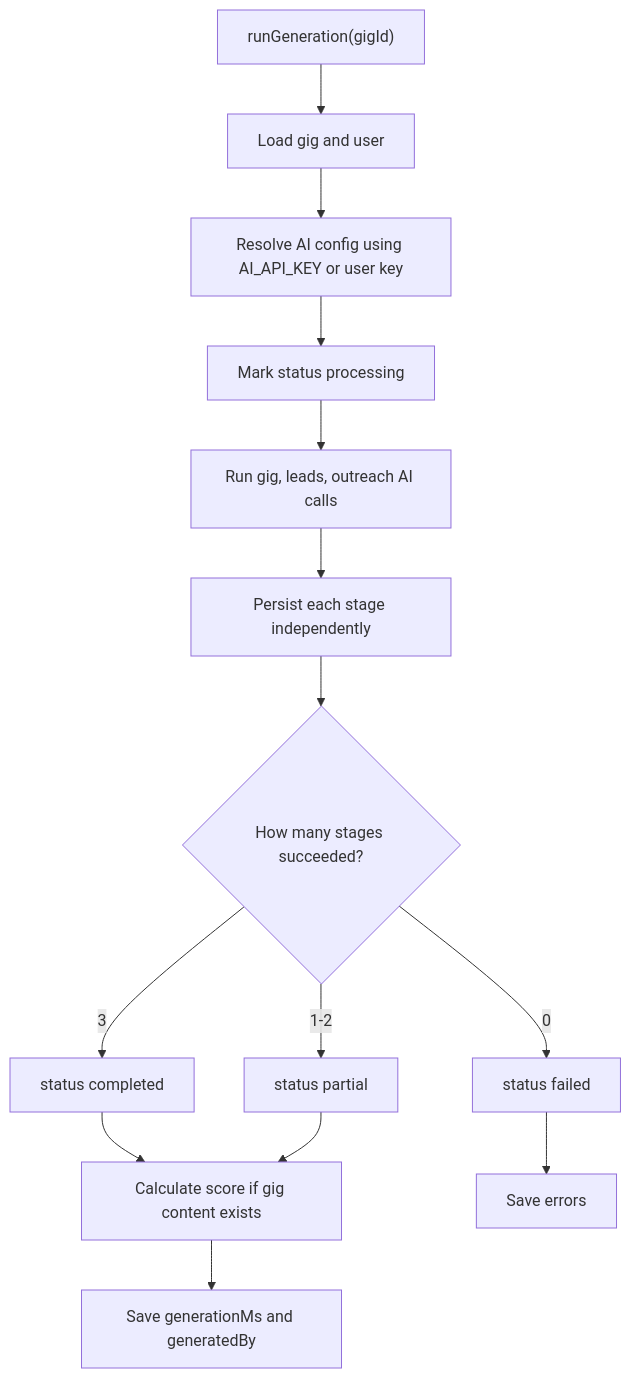
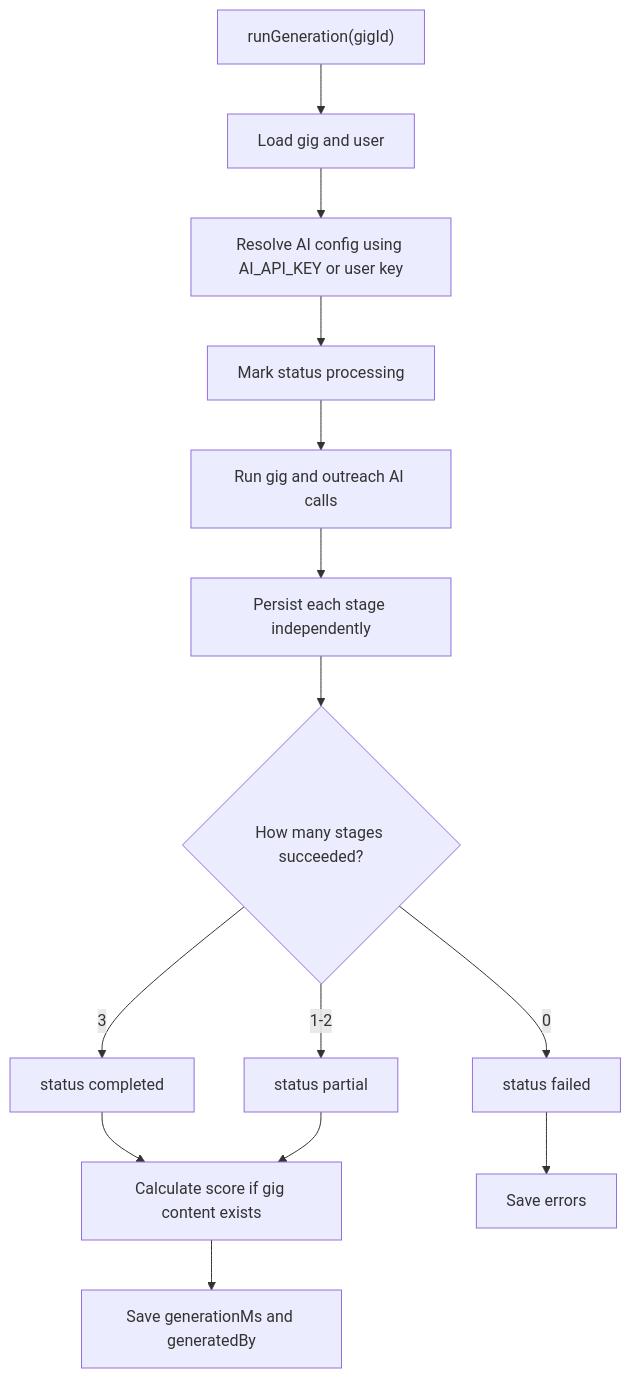
One commit to myfdsdev/FDS_MALTI_TOOL_APP changed the second of 3 diagrams in docs/features/18-gig-builder.md. Above: the diagram before and after it, drawn with Mermaid. The commit also changed other lines of this file and 25 other files, not shown here.

````diff
--- a/docs/features/18-gig-builder.md
+++ b/docs/features/18-gig-builder.md
@@ -206,16 +203,16 @@
 ```mermaid
 flowchart TD
   A["runGeneration(gigId)"] --> B["Load gig and user"]
   B --> C["Resolve AI config using AI_API_KEY or user key"]
   C --> D["Mark status processing"]
-  D --> E["Run gig, leads, outreach AI calls"]
+  D --> E["Run gig and outreach AI calls"]
   E --> F["Persist each stage independently"]
   F --> G{"How many stages succeeded?"}
   G -->|3| H["status completed"]
   G -->|1-2| I["status partial"]
   G -->|0| J["status failed"]
   H --> K["Calculate score if gig content exists"]
   I --> K
   J --> L["Save errors"]
   K --> M["Save generationMs and generatedBy"]
 ```
````
